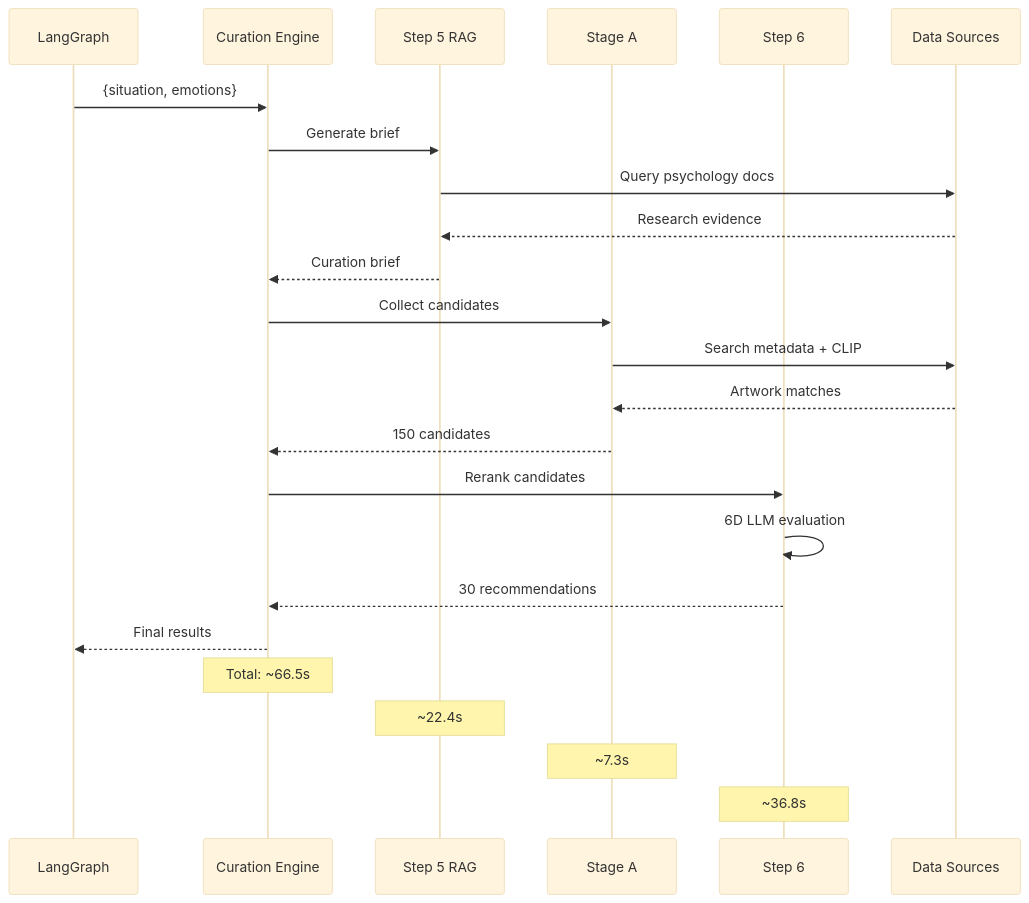
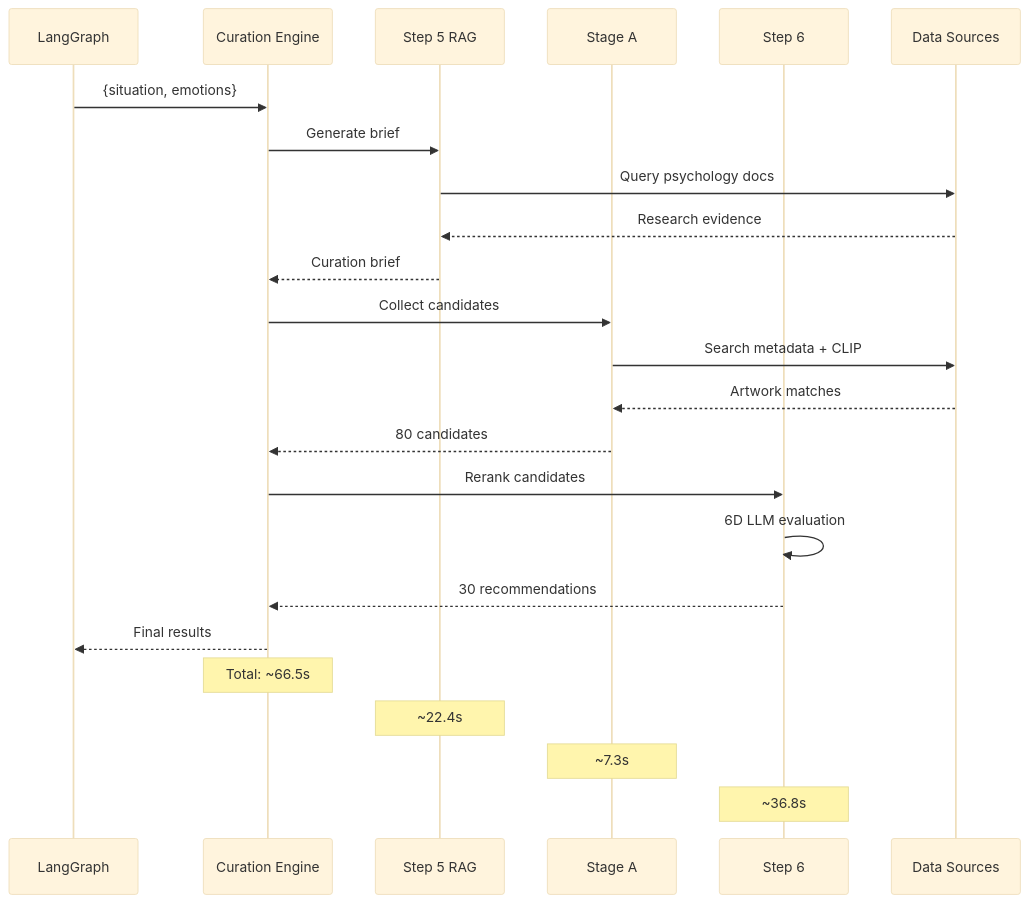
Before and after one commit to Arti-Team/Arti_prototype: the sixth of 11 diagrams in art_curation_engine/README.md, drawn with Mermaid (base theme). The commit also changed other lines of this file and 11 other files, not shown here.

````diff
--- a/art_curation_engine/README.md
+++ b/art_curation_engine/README.md
@@ -390,30 +390,30 @@
 ```mermaid
 sequenceDiagram
     participant LG as LangGraph
     participant CE as Curation Engine
     participant S5 as Step 5 RAG
     participant SA as Stage A
     participant S6 as Step 6
     participant DB as Data Sources
     
     LG->>CE: {situation, emotions}
     CE->>S5: Generate brief
     S5->>DB: Query psychology docs
     DB-->>S5: Research evidence
     S5-->>CE: Curation brief
     
     CE->>SA: Collect candidates
     SA->>DB: Search metadata + CLIP
     DB-->>SA: Artwork matches
-    SA-->>CE: 150 candidates
+    SA-->>CE: 80 candidates
     
     CE->>S6: Rerank candidates
     S6->>S6: 6D LLM evaluation
     S6-->>CE: 30 recommendations
     CE-->>LG: Final results
     
     Note over CE: Total: ~66.5s
     Note over S5: ~22.4s
     Note over SA: ~7.3s  
     Note over S6: ~36.8s
 ```
````
